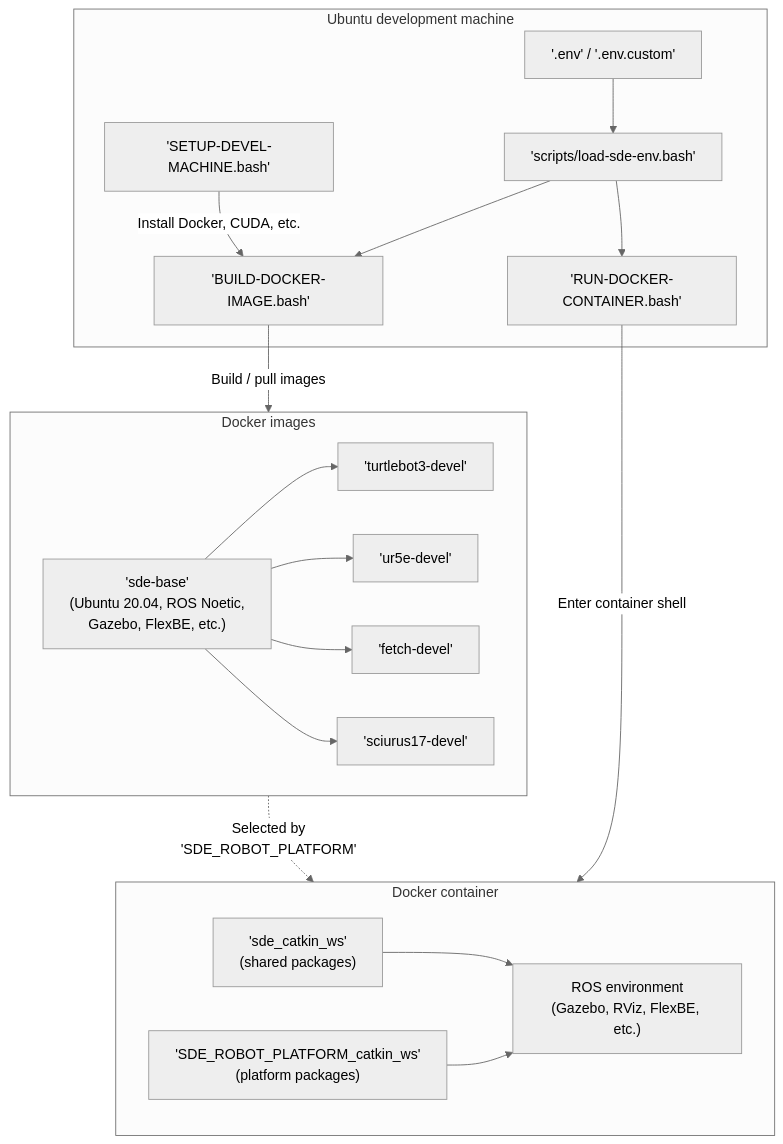
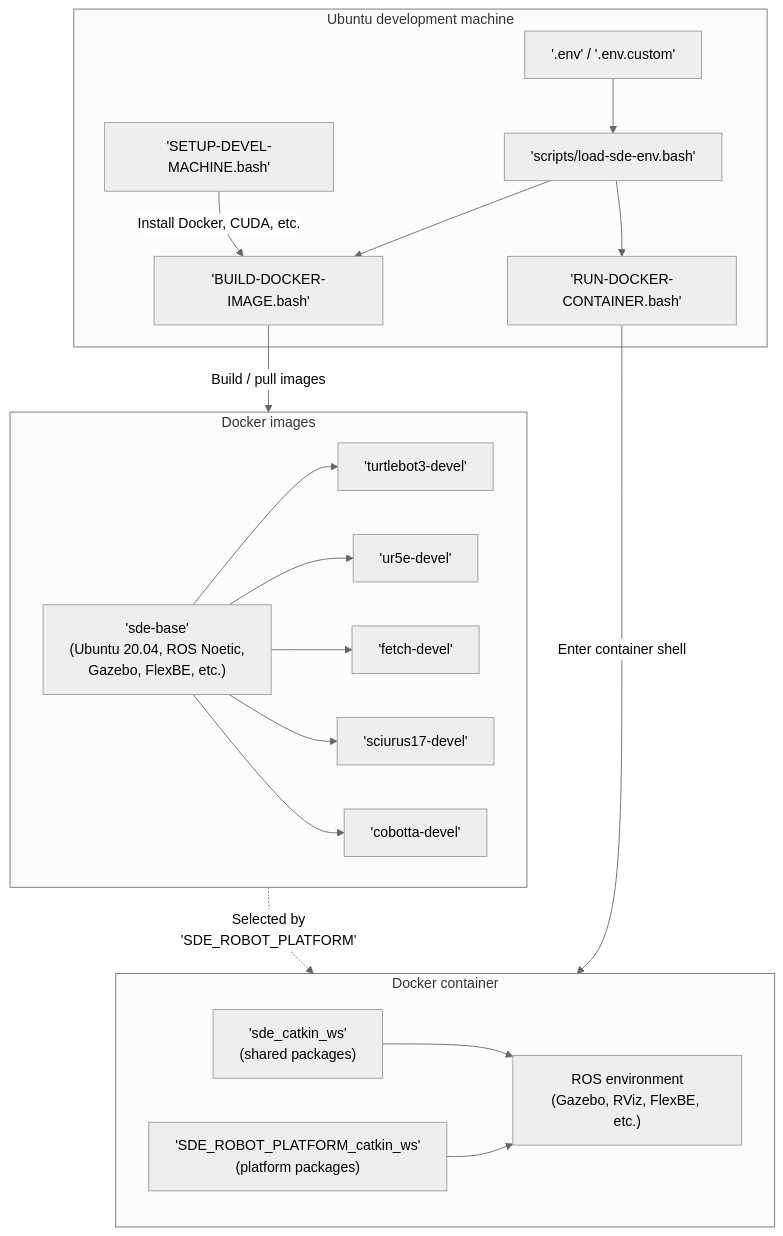
The diagram in README.md (openrosde/openrosde), drawn with Mermaid before and after one commit. The commit also changed other lines of this file and 27 other files, not shown here.

````diff
--- a/README.md
+++ b/README.md
@@ -44,42 +45,44 @@
 ```mermaid
 ---
 config:
   theme: neutral
 ---
 flowchart TD
     subgraph host["Ubuntu development machine"]
         env["'.env' / '.env.custom'"]
         loader["'scripts/load-sde-env.bash'"]
         setup["'SETUP-DEVEL-MACHINE.bash'"]
         build["'BUILD-DOCKER-IMAGE.bash'"]
         run["'RUN-DOCKER-CONTAINER.bash'"]
         env --> loader
         setup -->|"Install Docker, CUDA, etc."| build
         loader --> build
         loader --> run
     end
 
     subgraph images["Docker images"]
         base["'sde-base'<br/>(Ubuntu 20.04, ROS Noetic,<br/>Gazebo, FlexBE, etc.)"]
         turtlebot3["'turtlebot3-devel'"]
         ur5e["'ur5e-devel'"]
         base --> turtlebot3
         base --> ur5e
         fetch["'fetch-devel'"]
         base --> fetch
         sciurus17["'sciurus17-devel'"]
         base --> sciurus17
+        cobotta["'cobotta-devel'"]
+        base --> cobotta
     end
 
     subgraph container["Docker container"]
         shared["'sde_catkin_ws'<br/>(shared packages)"]
         platws["'SDE_ROBOT_PLATFORM_catkin_ws'<br/>(platform packages)"]
         rosenv["ROS environment<br/>(Gazebo, RViz, FlexBE, etc.)"]
         shared --> rosenv
         platws --> rosenv
     end
 
     build -->|"Build / pull images"| images
     images -.->|"Selected by<br/>'SDE_ROBOT_PLATFORM'"| container
     run -->|"Enter container shell"| container
 ```
````
